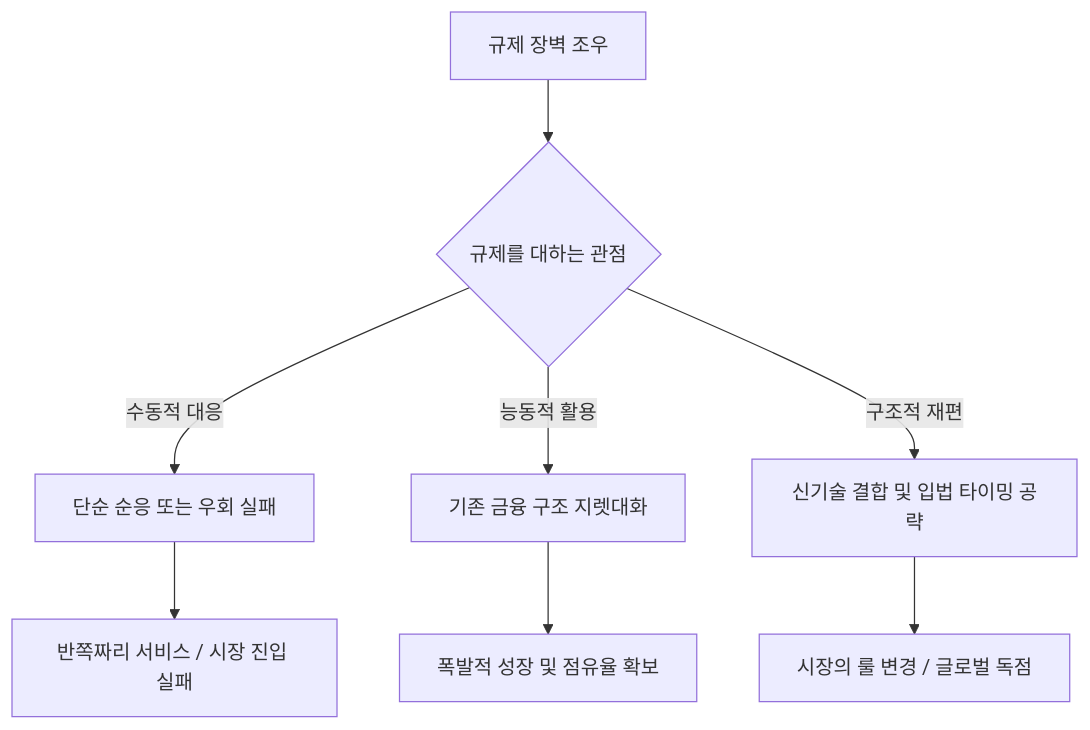
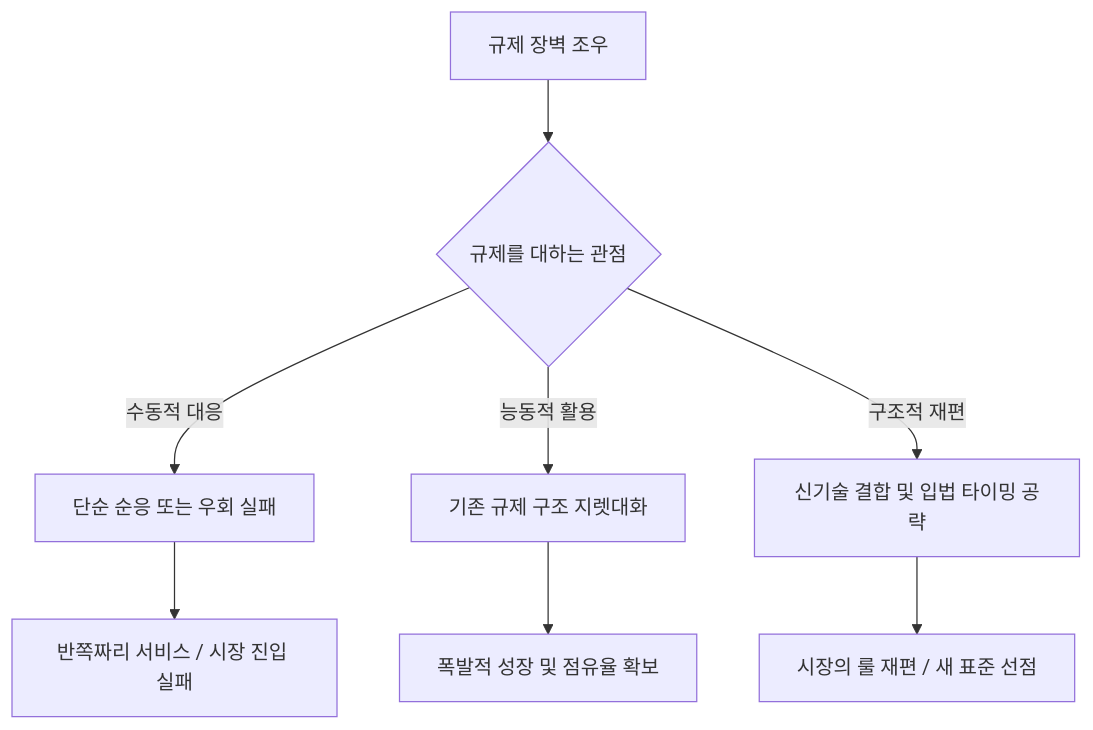
One commit to thishw/hw_insight changed the diagram in content/posts/2026-07-08-비즈니스의-승패를-가르는-진짜-무기-규제를-다루는-능력.md. Above: the diagram before and after it, drawn with Mermaid.

Commit message:
chore(post): 리뷰 반영 — mermaid 노드 문구 수정
- "기존 금융 구조 지렛대화" → "기존 규제 구조 지렛대화" (본문 '규제 구조'와 일관)
- "시장의 룰 변경 / 글로벌 독점" → "시장의 룰 재편 / 새 표준 선점" (과한 '독점' 표현 완화)

````diff
--- a/content/posts/2026-07-08-비즈니스의-승패를-가르는-진짜-무기-규제를-다루는-능력.md
+++ b/content/posts/2026-07-08-비즈니스의-승패를-가르는-진짜-무기-규제를-다루는-능력.md
@@ -78,10 +78,10 @@
 ```mermaid
 graph TD
     A[규제 장벽 조우] --> B{규제를 대하는 관점}
     B -->|수동적 대응| C[단순 순응 또는 우회 실패]
     C --> D[반쪽짜리 서비스 / 시장 진입 실패]
-    B -->|능동적 활용| E[기존 금융 구조 지렛대화]
+    B -->|능동적 활용| E[기존 규제 구조 지렛대화]
     E --> F[폭발적 성장 및 점유율 확보]
     B -->|구조적 재편| G[신기술 결합 및 입법 타이밍 공략]
-    G --> H[시장의 룰 변경 / 글로벌 독점]
+    G --> H[시장의 룰 재편 / 새 표준 선점]
 ```
````
